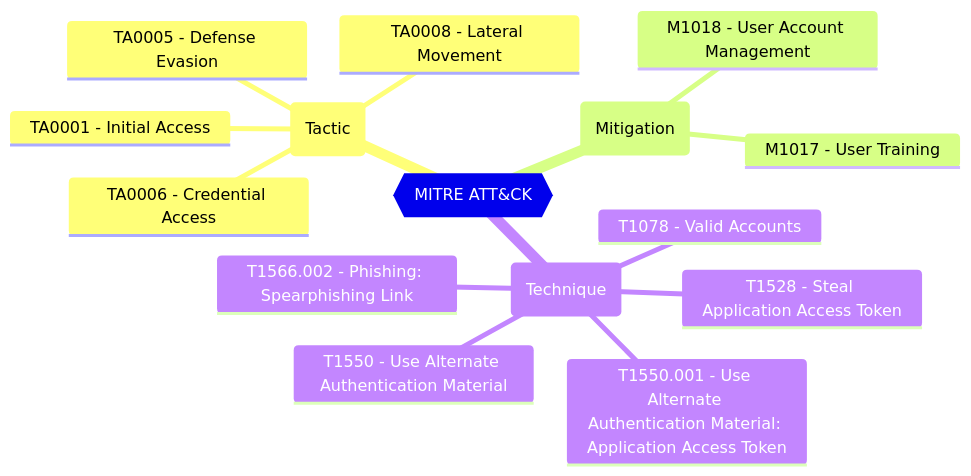
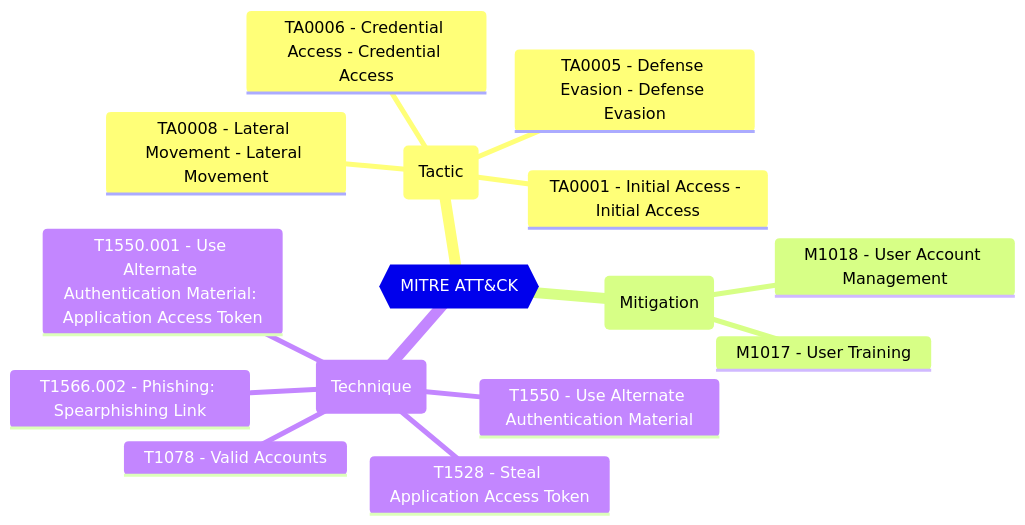
Before and after one commit to maester365/maester: the diagram in docs/docs/tests/AADSC/AADSC.servicePrincipalCreationPolicies.isEnabled.md, drawn with Mermaid. The commit also changed other lines of this file and 95 other files, not shown here.

````diff
--- a/docs/docs/tests/AADSC/AADSC.servicePrincipalCreationPolicies.isEnabled.md
+++ b/docs/docs/tests/AADSC/AADSC.servicePrincipalCreationPolicies.isEnabled.md
@@ -19,18 +31,18 @@
 ```mermaid
 mindmap
   root{{MITRE ATT&CK}}
     (Tactic)
-      TA0001 - Initial Access
-      TA0005 - Defense Evasion
-      TA0006 - Credential Access
-      TA0008 - Lateral Movement
+      TA0001 - Initial Access - Initial Access
+      TA0005 - Defense Evasion - Defense Evasion
+      TA0006 - Credential Access - Credential Access
+      TA0008 - Lateral Movement - Lateral Movement
     (Mitigation)
-      M1018 - User Account Management
+       M1018 - User Account Management
       M1017 - User Training
     (Technique)
       T1078 - Valid Accounts
       T1528 - Steal Application Access Token
       T1550 - Use Alternate Authentication Material
       T1550.001 - Use Alternate Authentication Material: Application Access Token
       T1566.002 - Phishing: Spearphishing Link
 ```
````
